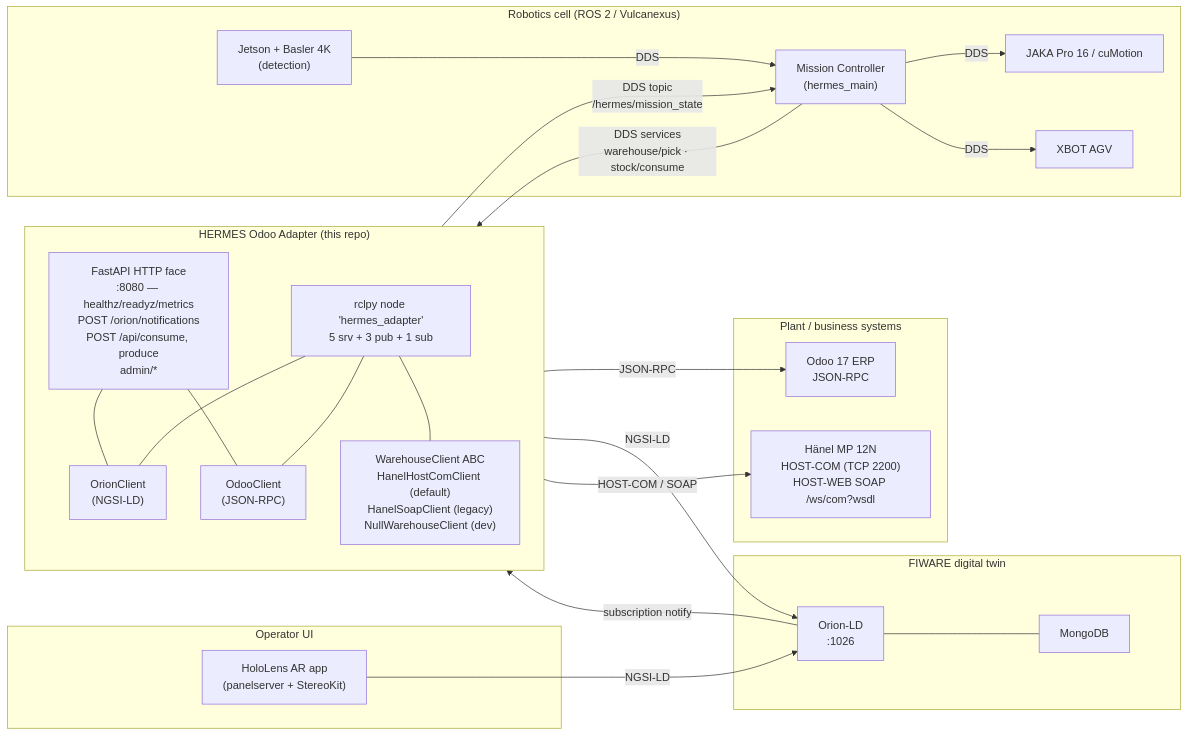
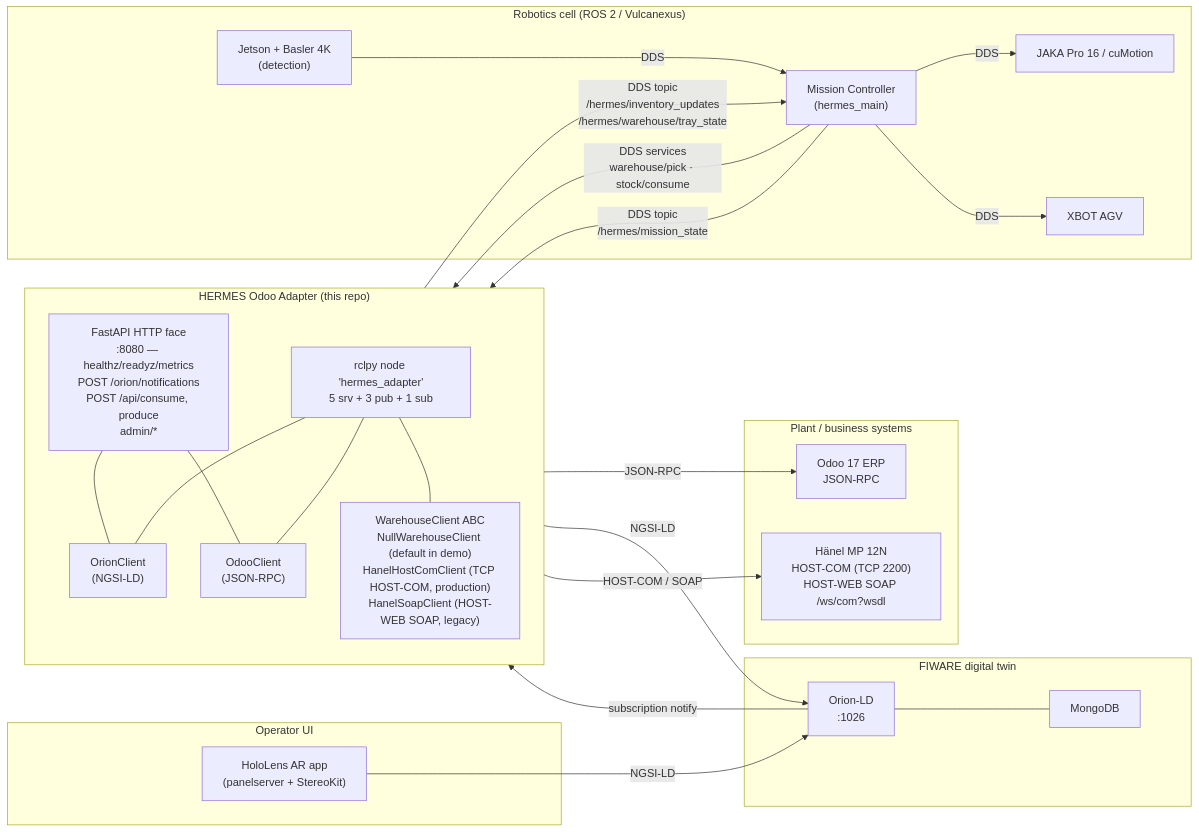
One commit to Ampero-SRL/hermes-odoo-adapter changed the diagram in media/architecture_diagram.md. Above: the diagram before and after it, drawn with Mermaid. The commit also changed 6 other files, not shown here.

First line of the commit message:
Sprint 1 round-6 drift fix: path-based ros2 launch + diagram direction + report cleanups

````diff
--- a/media/architecture_diagram.md
+++ b/media/architecture_diagram.md
@@ -6,49 +6,50 @@
 ```mermaid
 flowchart LR
     subgraph Robotics["Robotics cell (ROS 2 / Vulcanexus)"]
         MC["Mission Controller<br/>(hermes_main)"]
         Cobot["JAKA Pro 16 / cuMotion"]
         AGV["XBOT AGV"]
         Vision["Jetson + Basler 4K<br/>(detection)"]
         MC -- DDS --> Cobot
         MC -- DDS --> AGV
         Vision -- DDS --> MC
     end
 
     subgraph Adapter["HERMES Odoo Adapter (this repo)"]
         direction TB
         FAPI["FastAPI HTTP face<br/>:8080 — healthz/readyz/metrics<br/>POST /orion/notifications<br/>POST /api/consume, produce<br/>admin/*"]
         RNODE["rclpy node 'hermes_adapter'<br/>5 srv + 3 pub + 1 sub"]
         OdooClient["OdooClient<br/>(JSON-RPC)"]
         OrionClient["OrionClient<br/>(NGSI-LD)"]
-        WClient["WarehouseClient ABC<br/>HanelHostComClient (default)<br/>HanelSoapClient (legacy)<br/>NullWarehouseClient (dev)"]
+        WClient["WarehouseClient ABC<br/>NullWarehouseClient (default in demo)<br/>HanelHostComClient (TCP HOST-COM, production)<br/>HanelSoapClient (HOST-WEB SOAP, legacy)"]
         FAPI --- OrionClient
         FAPI --- OdooClient
         RNODE --- WClient
         RNODE --- OdooClient
         RNODE --- OrionClient
     end
 
     subgraph Twin["FIWARE digital twin"]
         Orion["Orion-LD<br/>:1026"]
         Mongo["MongoDB"]
         Orion --- Mongo
     end
 
     subgraph Plant["Plant / business systems"]
         Odoo["Odoo 17 ERP<br/>JSON-RPC"]
         Hanel["Hänel MP 12N<br/>HOST-COM (TCP 2200)<br/>HOST-WEB SOAP /ws/com?wsdl"]
     end
 
     subgraph Operator["Operator UI"]
         Hololens["HoloLens AR app<br/>(panelserver + StereoKit)"]
     end
 
     MC -- DDS services<br/>warehouse/pick · stock/consume --> RNODE
-    RNODE -- DDS topic<br/>/hermes/mission_state --> MC
+    MC -- DDS topic<br/>/hermes/mission_state --> RNODE
+    RNODE -- DDS topic<br/>/hermes/inventory_updates<br/>/hermes/warehouse/tray_state --> MC
     OdooClient -- JSON-RPC --> Odoo
     OrionClient -- NGSI-LD --> Orion
     WClient -- "HOST-COM / SOAP" --> Hanel
     Hololens -- NGSI-LD --> Orion
     Orion -- "subscription notify" --> FAPI
 ```
````
